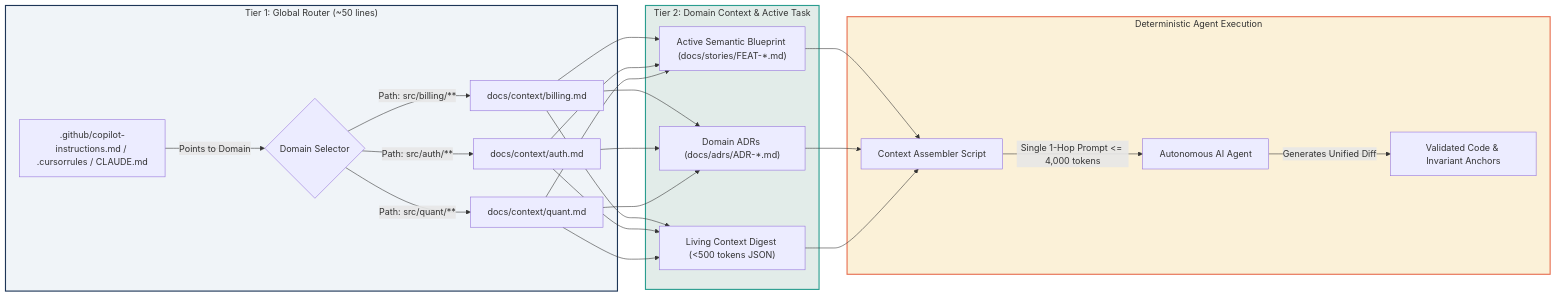
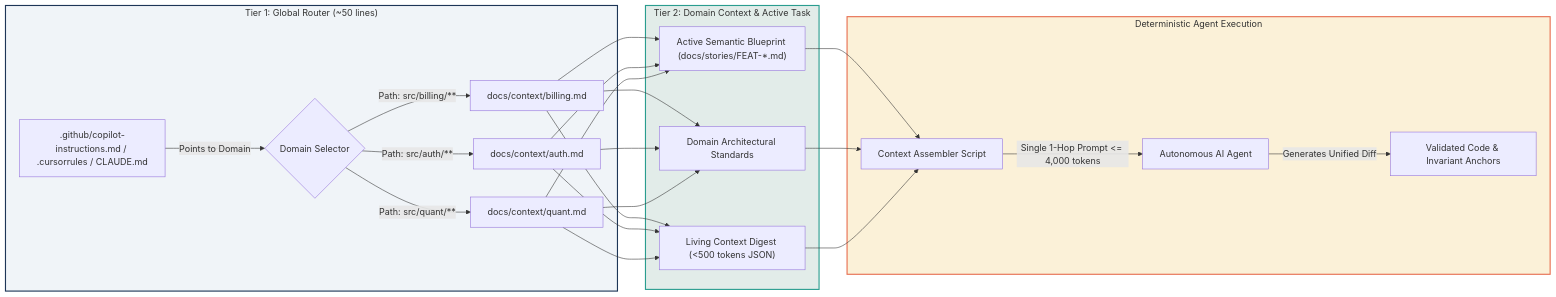
The second of 2 diagrams in 03_building_and_coding/README.md (bdchang403/AI_Software_Foundations), drawn with Mermaid before and after one commit. The commit also changed other lines of this file and 41 other files, not shown here.

First line of the commit message:
feat(orchestration-and-flow): complete enterprise curriculum integration and guardrail expansion

````diff
--- a/03_building_and_coding/README.md
+++ b/03_building_and_coding/README.md
@@ -207,26 +207,26 @@
 ```mermaid
 flowchart LR
     subgraph Tier1_Traffic_Controller ["Tier 1: Global Router (~50 lines)"]
         TR1[".github/copilot-instructions.md / .cursorrules / CLAUDE.md"]
         TR1 -->|Points to Domain| TR2{Domain Selector}
         TR2 -->|Path: src/billing/**| T2A["docs/context/billing.md"]
         TR2 -->|Path: src/auth/**| T2B["docs/context/auth.md"]
         TR2 -->|Path: src/quant/**| T2C["docs/context/quant.md"]
     end
 
     subgraph Tier2_Surgical_Payload ["Tier 2: Domain Context & Active Task"]
         T2A & T2B & T2C --> SP1["Active Semantic Blueprint (docs/stories/FEAT-*.md)"]
-        T2A & T2B & T2C --> SP2["Domain ADRs (docs/adrs/ADR-*.md)"]
+        T2A & T2B & T2C --> SP2["Domain Architectural Standards"]
         T2A & T2B & T2C --> SP3["Living Context Digest (<500 tokens JSON)"]
     end
 
     subgraph Execution_Sandbox ["Deterministic Agent Execution"]
         SP1 & SP2 & SP3 --> EX1["Context Assembler Script"]
         EX1 -->|Single 1-Hop Prompt <= 4,000 tokens| EX2[Autonomous AI Agent]
         EX2 -->|Generates Unified Diff| EX3[Validated Code & Invariant Anchors]
     end
 
     style Tier1_Traffic_Controller fill:#f0f4f8,stroke:#1d3557,stroke-width:2px;
     style Tier2_Surgical_Payload fill:#e2ece9,stroke:#2a9d8f,stroke-width:2px;
     style Execution_Sandbox fill:#fbf1d8,stroke:#e76f51,stroke-width:2px;
 ```
````
